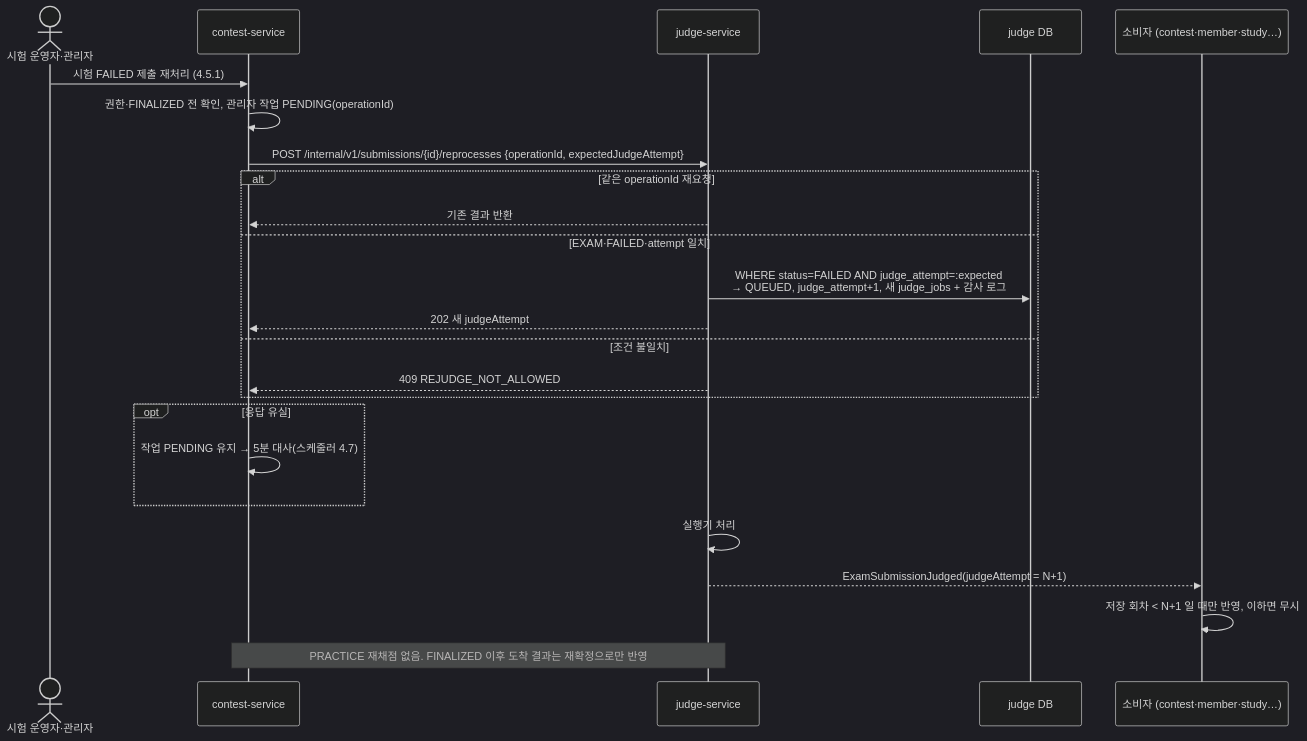
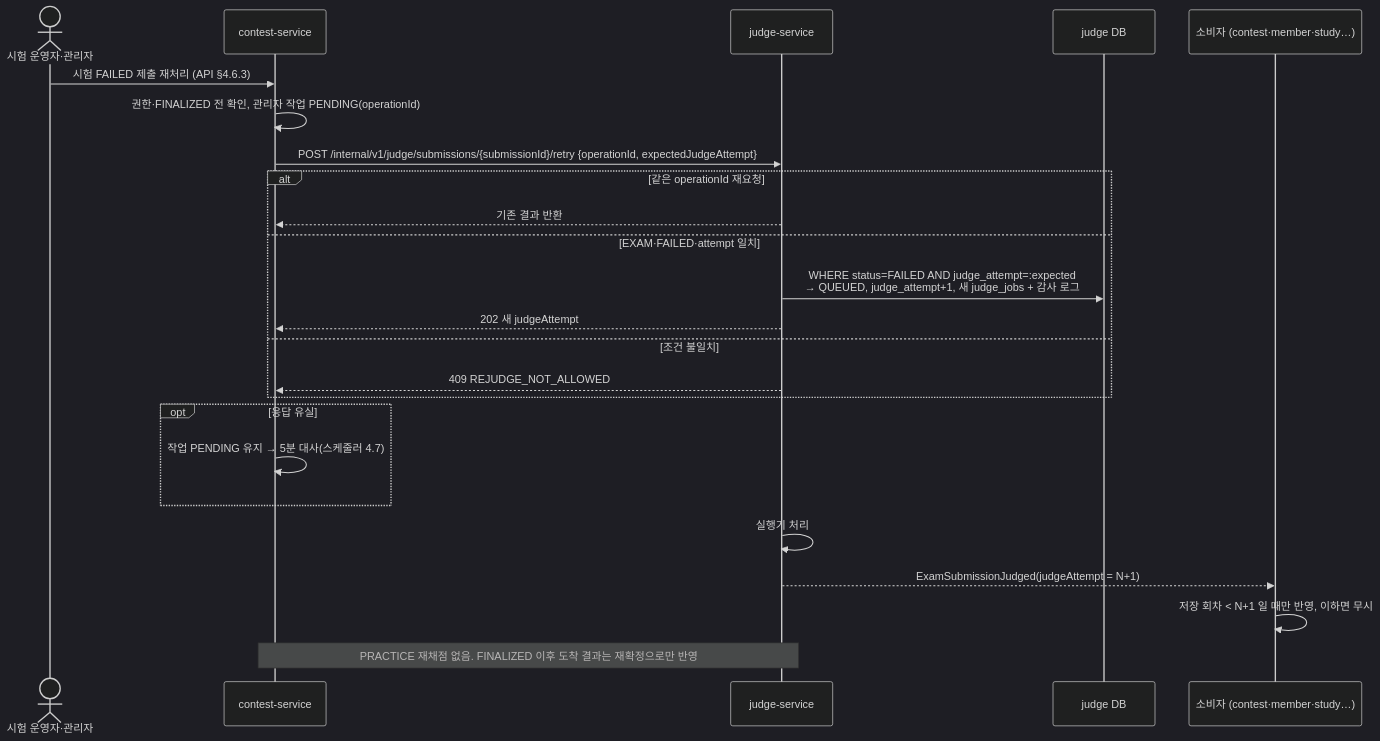
Before and after one commit to Back-To-Back-team-3/re-solve: diagram 24 of 57 in docs/dev/architecture/diagrams.md, drawn with Mermaid (dark theme). The commit also changed other lines of this file and 5 other files, not shown here.

````diff
--- a/docs/dev/architecture/diagrams.md
+++ b/docs/dev/architecture/diagrams.md
@@ -774,26 +774,26 @@
 ```mermaid
 sequenceDiagram
     actor O as 시험 운영자·관리자
     participant C as contest-service
     participant J as judge-service
     participant DB as judge DB
     participant CON as 소비자 (contest·member·study…)
-    O->>C: 시험 FAILED 제출 재처리 (4.5.1)
+    O->>C: 시험 FAILED 제출 재처리 (API §4.6.3)
     C->>C: 권한·FINALIZED 전 확인, 관리자 작업 PENDING(operationId)
-    C->>J: POST /internal/v1/submissions/{id}/reprocesses {operationId, expectedJudgeAttempt}
+    C->>J: POST /internal/v1/judge/submissions/{submissionId}/retry {operationId, expectedJudgeAttempt}
     alt 같은 operationId 재요청
         J-->>C: 기존 결과 반환
     else EXAM·FAILED·attempt 일치
         J->>DB: WHERE status=FAILED AND judge_attempt=:expected<br/>→ QUEUED, judge_attempt+1, 새 judge_jobs + 감사 로그
         J-->>C: 202 새 judgeAttempt
     else 조건 불일치
         J-->>C: 409 REJUDGE_NOT_ALLOWED
     end
     opt 응답 유실
         C->>C: 작업 PENDING 유지 → 5분 대사(스케줄러 4.7)
     end
     J->>J: 실행기 처리
     J-->>CON: ExamSubmissionJudged(judgeAttempt = N+1)
     CON->>CON: 저장 회차 < N+1 일 때만 반영, 이하면 무시
     Note over C,J: PRACTICE 재채점 없음. FINALIZED 이후 도착 결과는 재확정으로만 반영
 ```
````
